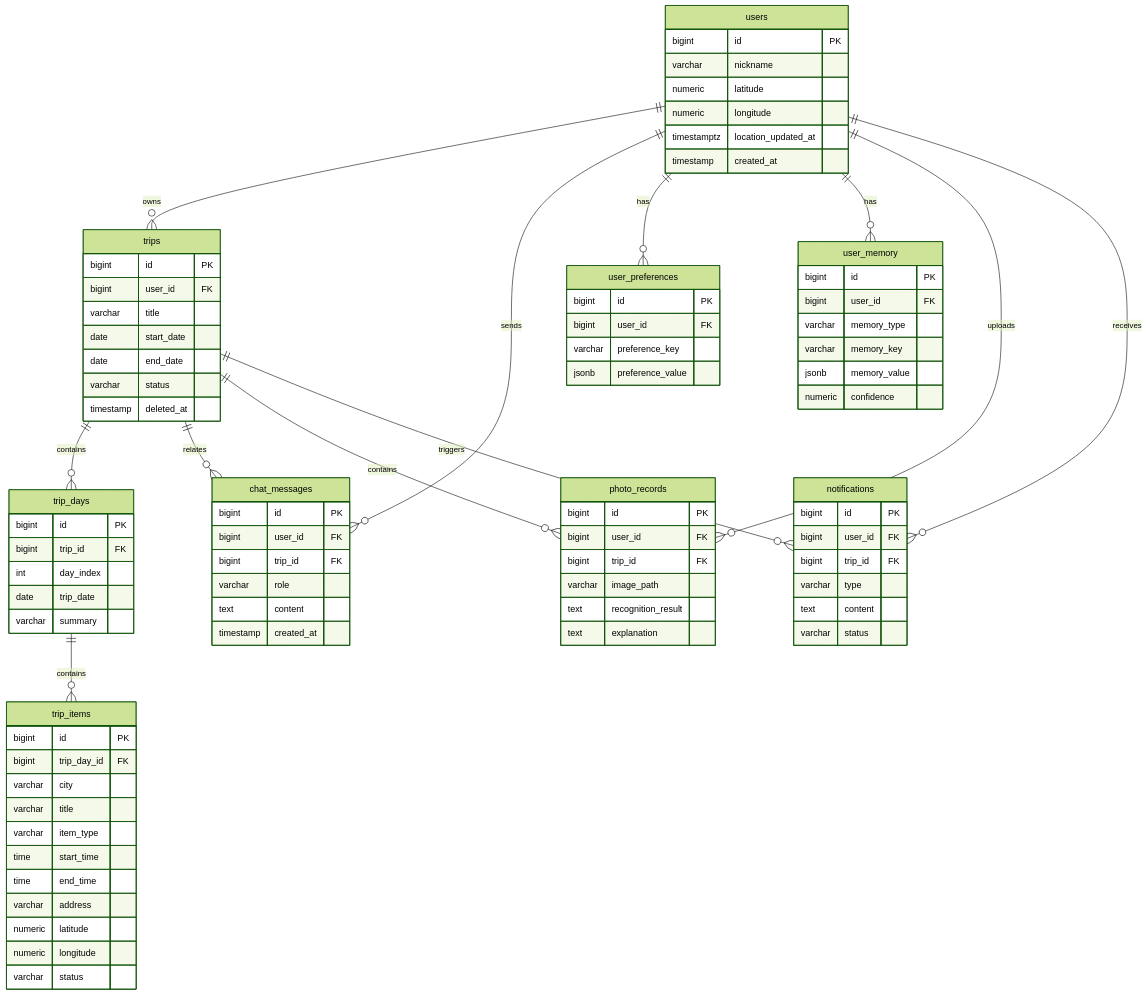
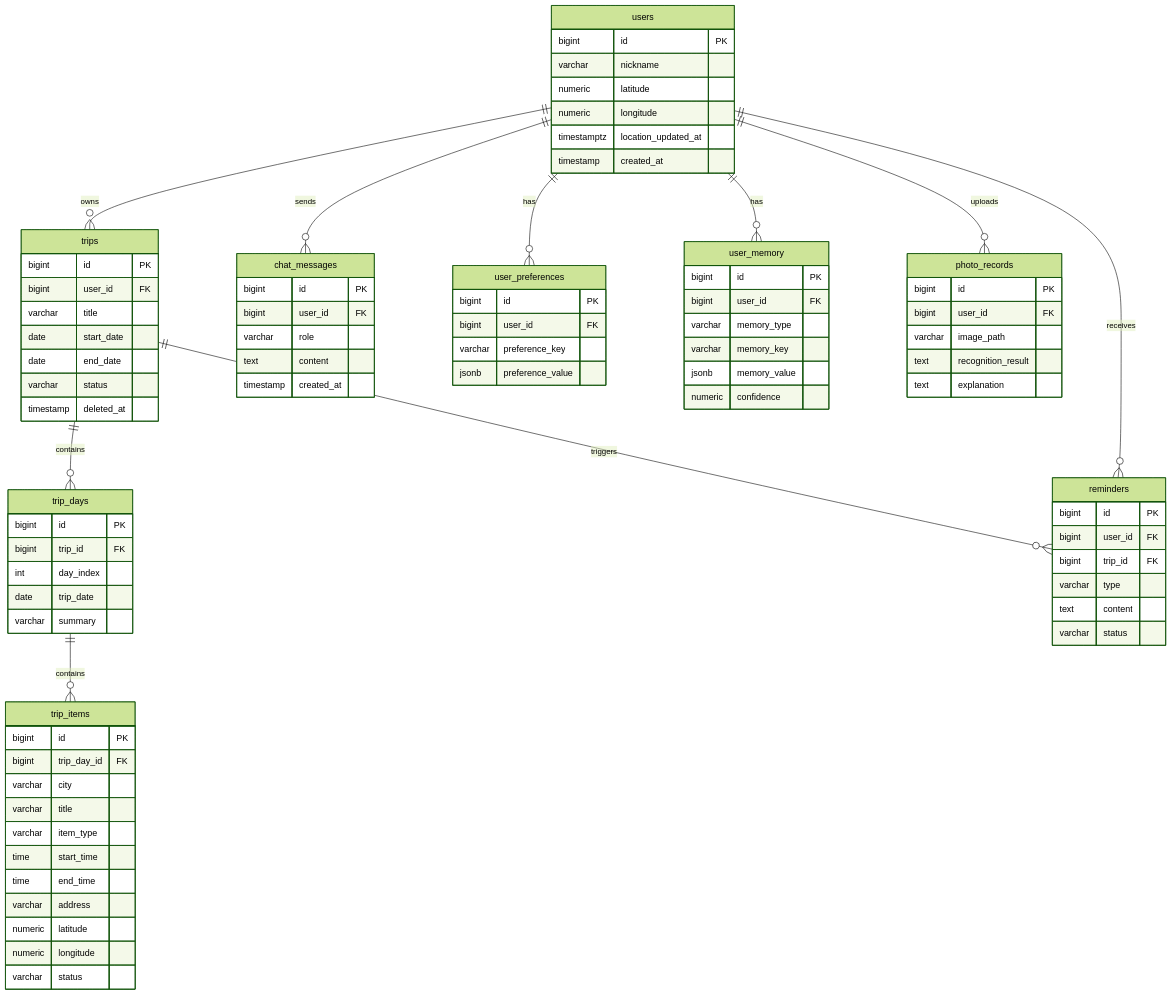
Before and after one commit to linzch23/DaoYou: the ninth of 10 diagrams in docs/技术设计文档.md, drawn with Mermaid (forest theme). The commit also changed other lines of this file and 30 other files, not shown here.

Commit message:
feat(backend): persist user chat photo preferences

```diff
--- a/docs/技术设计文档.md
+++ b/docs/技术设计文档.md
@@ -585,10 +585,8 @@
     users ||--o{ user_preferences : has
     users ||--o{ user_memory : has
     users ||--o{ photo_records : uploads
-    users ||--o{ notifications : receives
-    trips ||--o{ chat_messages : relates
-    trips ||--o{ photo_records : contains
-    trips ||--o{ notifications : triggers
+    users ||--o{ reminders : receives
+    trips ||--o{ reminders : triggers
 
     users {
         bigint id PK
@@ -634,7 +632,6 @@
     chat_messages {
         bigint id PK
         bigint user_id FK
-        bigint trip_id FK
         varchar role
         text content
         timestamp created_at
@@ -659,13 +656,12 @@
     photo_records {
         bigint id PK
         bigint user_id FK
-        bigint trip_id FK
         varchar image_path
         text recognition_result
         text explanation
     }
 
-    notifications {
+    reminders {
         bigint id PK
         bigint user_id FK
         bigint trip_id FK
```
